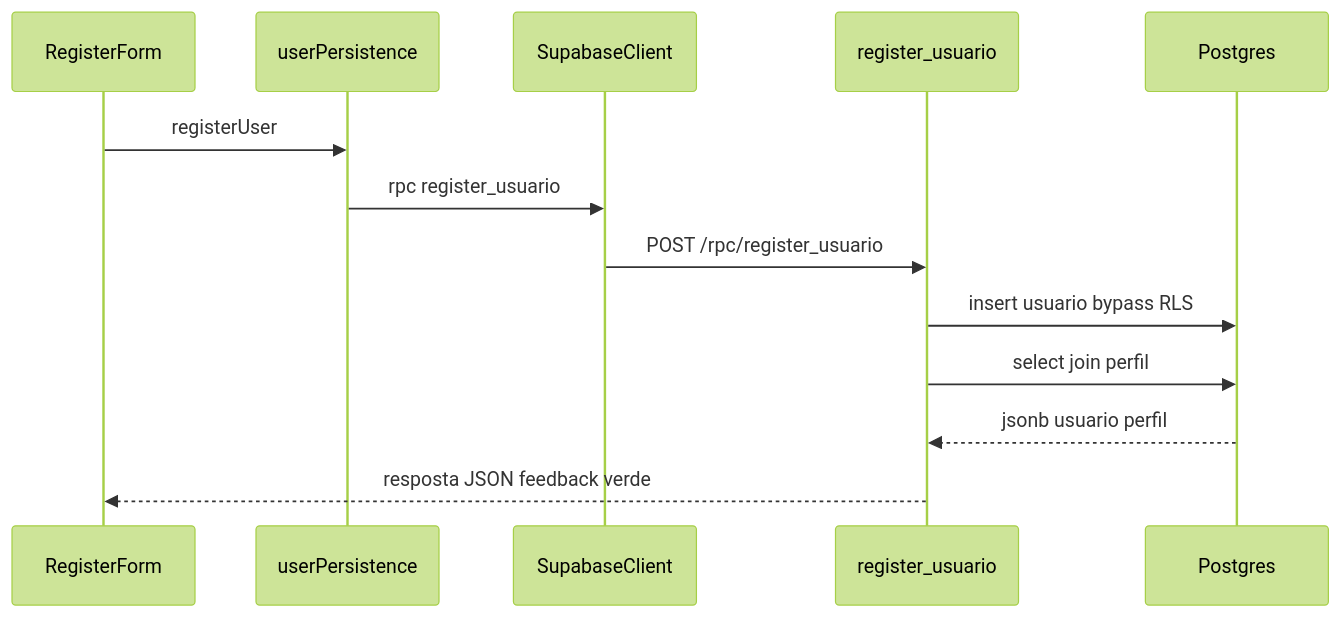
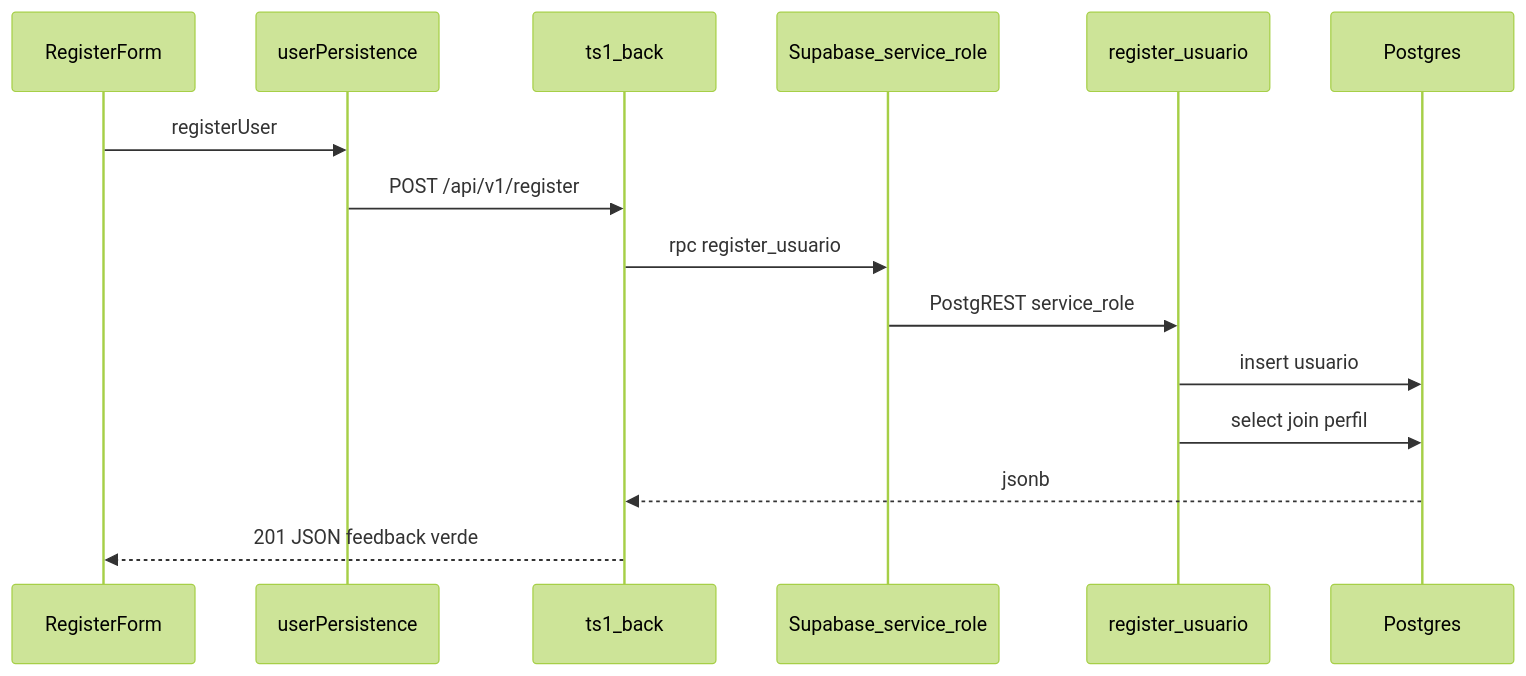
Before and after one commit to sprbbd2026/projeto_sprbbd: the diagram in ts1/docs/us116-persistencia-usuario.md, drawn with Mermaid (forest theme). The commit also changed other lines of this file and 19 other files, not shown here.

First line of the commit message:
feat(ts1): cadastro via BFF FastAPI com service role (sem RPC no browser)

````diff
--- a/ts1/docs/us116-persistencia-usuario.md
+++ b/ts1/docs/us116-persistencia-usuario.md
@@ -126,16 +122,18 @@
 ```mermaid
 sequenceDiagram
   participant UI as RegisterForm
   participant SVC as userPersistence
-  participant SB as SupabaseClient
+  participant BFF as ts1_back
+  participant SB as Supabase_service_role
   participant RPC as register_usuario
   participant DB as Postgres
 
   UI->>SVC: registerUser
-  SVC->>SB: rpc register_usuario
-  SB->>RPC: POST /rpc/register_usuario
-  RPC->>DB: insert usuario bypass RLS
+  SVC->>BFF: POST /api/v1/register
+  BFF->>SB: rpc register_usuario
+  SB->>RPC: PostgREST service_role
+  RPC->>DB: insert usuario
   RPC->>DB: select join perfil
-  DB-->>RPC: jsonb usuario perfil
-  RPC-->>UI: resposta JSON feedback verde
+  DB-->>BFF: jsonb
+  BFF-->>UI: 201 JSON feedback verde
 ```
````
